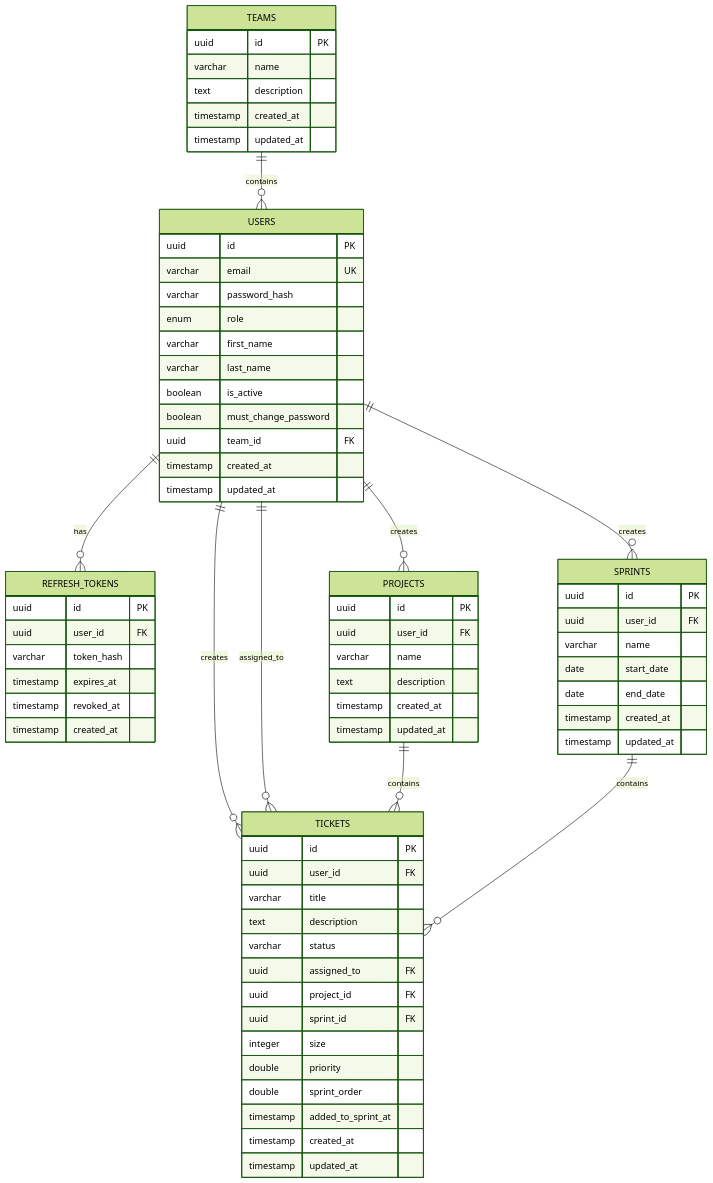
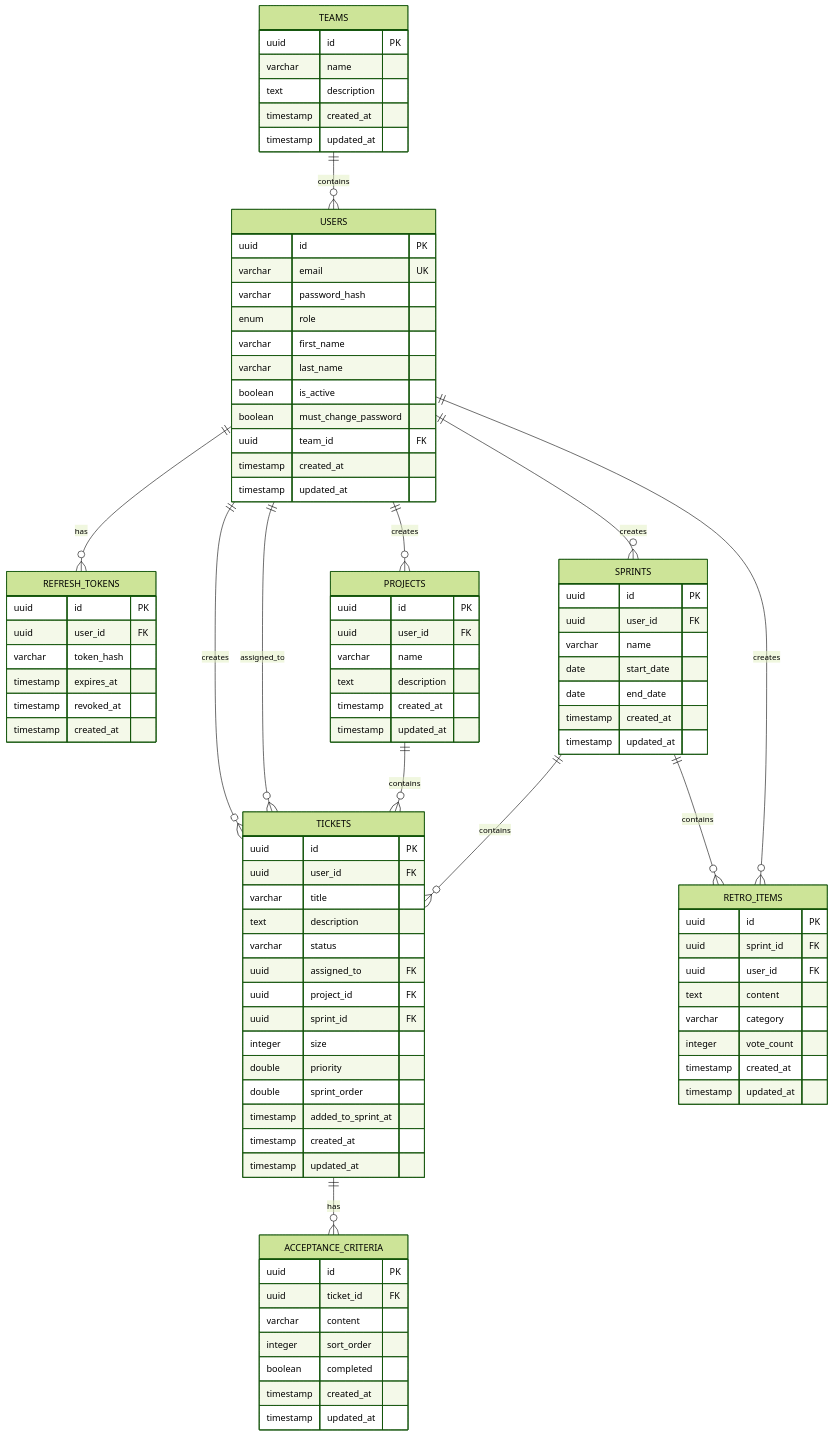
One commit to cfegela/flyhalf changed the diagram in README.md. Above: the diagram before and after it, drawn with Mermaid (forest theme). The commit also changed other lines of this file, not shown here.

First line of the commit message:
Update README with acceptance criteria feature documentation

````diff
--- a/README.md
+++ b/README.md
@@ -527,8 +544,11 @@
     USERS ||--o{ TICKETS : "assigned_to"
     USERS ||--o{ PROJECTS : "creates"
     USERS ||--o{ SPRINTS : "creates"
+    USERS ||--o{ RETRO_ITEMS : "creates"
     PROJECTS ||--o{ TICKETS : "contains"
     SPRINTS ||--o{ TICKETS : "contains"
+    SPRINTS ||--o{ RETRO_ITEMS : "contains"
+    TICKETS ||--o{ ACCEPTANCE_CRITERIA : "has"
 
     TEAMS {
         uuid id PK
@@ -596,4 +616,25 @@
         timestamp created_at
         timestamp updated_at
     }
+
+    ACCEPTANCE_CRITERIA {
+        uuid id PK
+        uuid ticket_id FK
+        varchar content
+        integer sort_order
+        boolean completed
+        timestamp created_at
+        timestamp updated_at
+    }
+
+    RETRO_ITEMS {
+        uuid id PK
+        uuid sprint_id FK
+        uuid user_id FK
+        text content
+        varchar category
+        integer vote_count
+        timestamp created_at
+        timestamp updated_at
+    }
 ```
````
